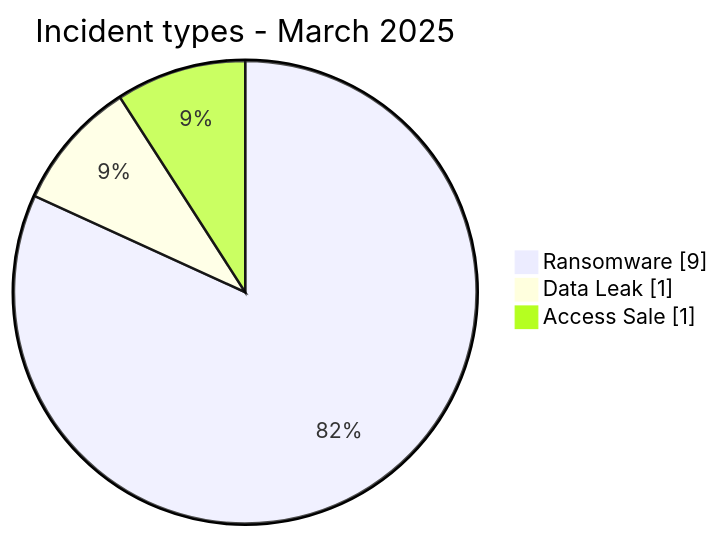
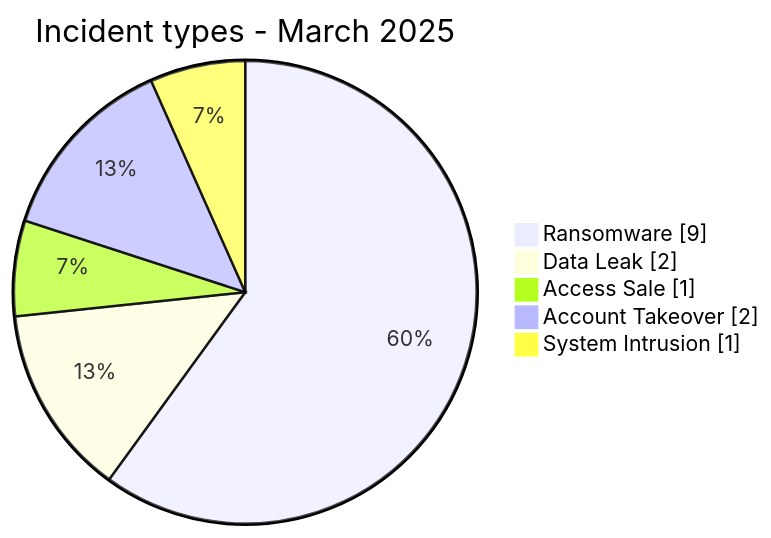
One commit to Hatchepsoute/AFRINTEL changed the first of 2 diagrams in CyberAttackAfrica/2025/03-march/README.md. Above: the diagram before and after it, drawn with Mermaid. The commit also changed other lines of this file and 73 other files, not shown here.

````diff
--- a/CyberAttackAfrica/2025/03-march/README.md
+++ b/CyberAttackAfrica/2025/03-march/README.md
@@ -64,7 +78,9 @@
 ```mermaid
 pie showData
     title Incident types - March 2025
     "Ransomware" : 9
-    "Data Leak" : 1
+    "Data Leak" : 2
     "Access Sale" : 1
+    "Account Takeover" : 2
+    "System Intrusion" : 1
 ```
````
